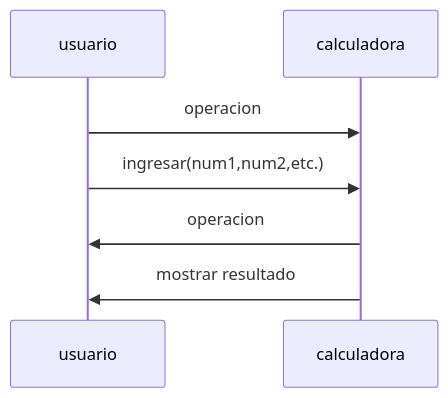
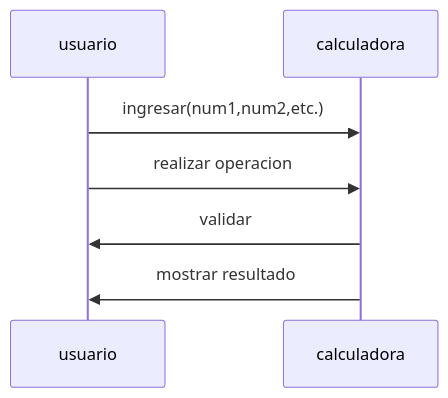
Before and after one commit to PaolaVPV/diagrama: the diagram in README.md, drawn with Mermaid.

````diff
--- a/README.md
+++ b/README.md
@@ -3,9 +3,9 @@
 ```mermaid
 sequenceDiagram
-    usuario->>calculadora:operacion
     usuario->>calculadora:ingresar(num1,num2,etc.)
-    calculadora->>usuario:operacion
+    usuario->>calculadora:realizar operacion
+    calculadora->>usuario:validar 
     calculadora->>usuario:mostrar resultado
     
     
 ```
````
